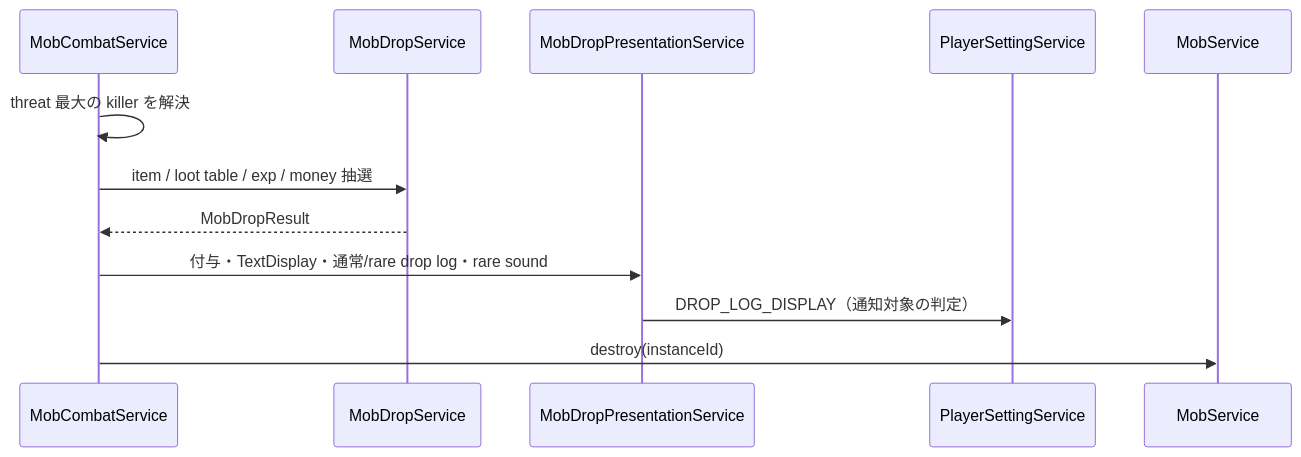
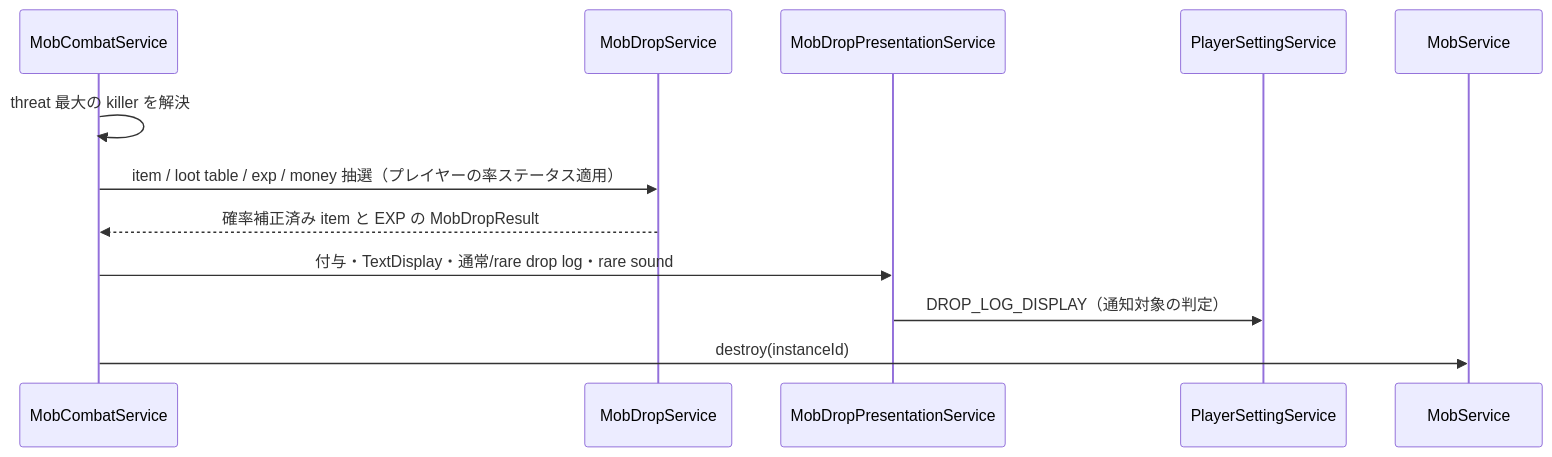
One commit to maaasu/AstralRecord-Workspace changed the fifth of 7 diagrams in 00_docs/10_Plugin設計書/feature/12-mob/12_4-統合フロー.md. Above: the diagram before and after it, drawn with Mermaid. The commit also changed other lines of this file and 24 other files, not shown here.

````diff
--- a/00_docs/10_Plugin設計書/feature/12-mob/12_4-統合フロー.md
+++ b/00_docs/10_Plugin設計書/feature/12-mob/12_4-統合フロー.md
@@ -141,15 +141,15 @@
 ```mermaid
 sequenceDiagram
     participant Combat as MobCombatService
     participant Drop as MobDropService
     participant Present as MobDropPresentationService
     participant Setting as PlayerSettingService
     participant Mob as MobService
 
     Combat->>Combat: threat 最大の killer を解決
-    Combat->>Drop: item / loot table / exp / money 抽選
-    Drop-->>Combat: MobDropResult
+    Combat->>Drop: item / loot table / exp / money 抽選（プレイヤーの率ステータス適用）
+    Drop-->>Combat: 確率補正済み item と EXP の MobDropResult
     Combat->>Present: 付与・TextDisplay・通常/rare drop log・rare sound
     Present->>Setting: DROP_LOG_DISPLAY（通知対象の判定）
     Combat->>Mob: destroy(instanceId)
 ```
````
